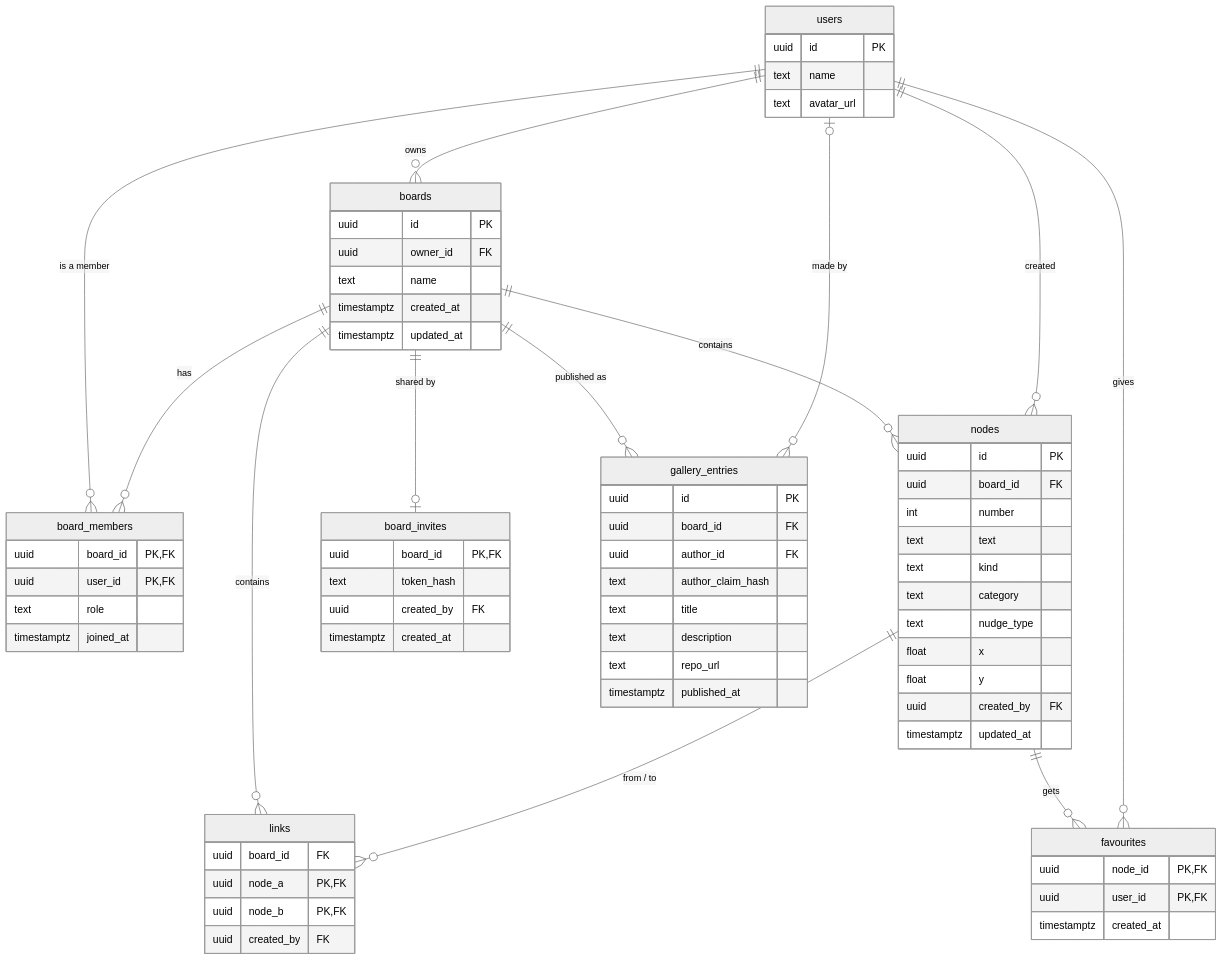
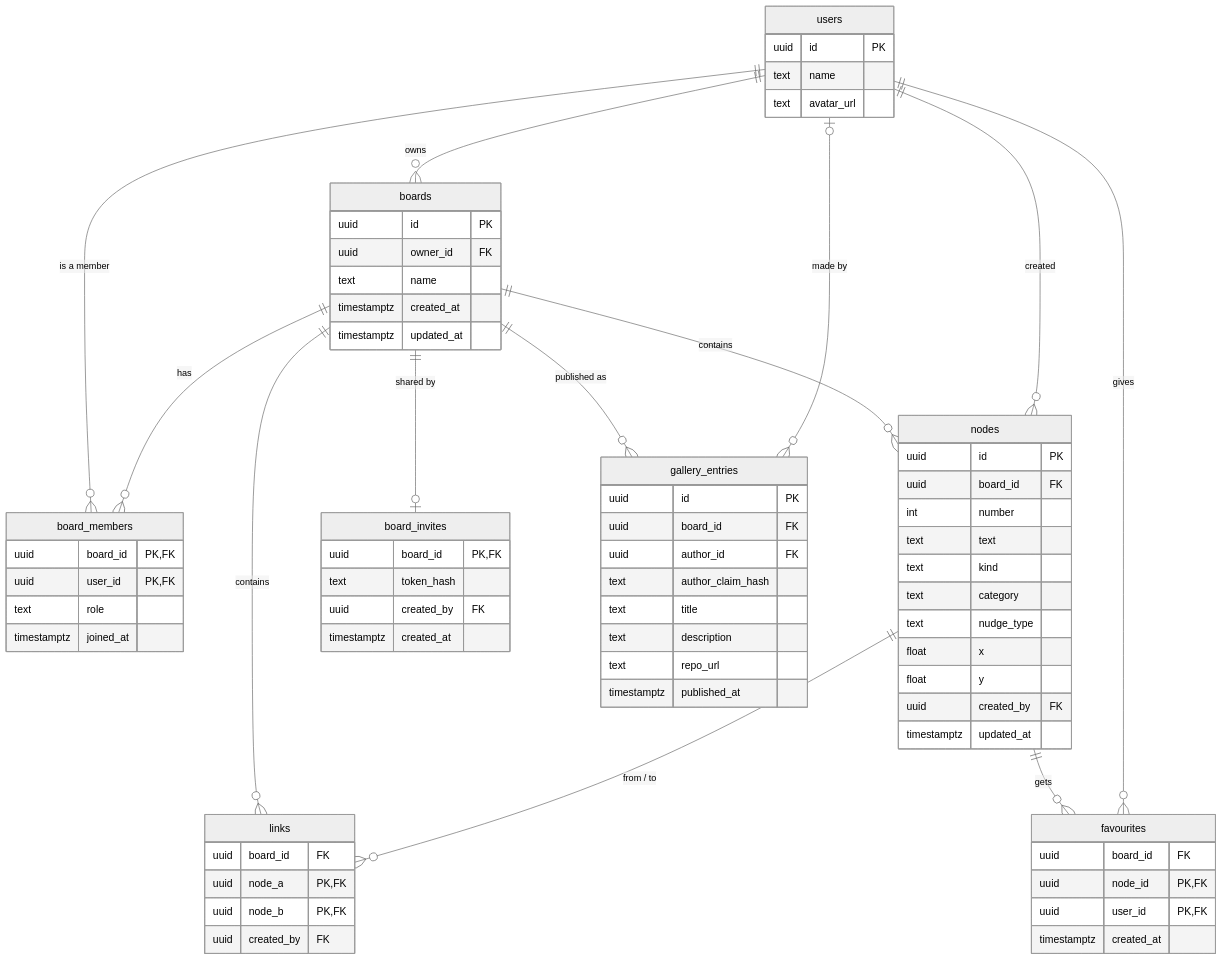
Before and after one commit to jtbinith/floppy-thoughts: the diagram in docs/database.md, drawn with Mermaid (neutral theme). The commit also changed other lines of this file and 7 other files, not shown here.

````diff
--- a/docs/database.md
+++ b/docs/database.md
@@ -21,74 +21,75 @@
 ```mermaid
 erDiagram
   users ||--o{ boards : owns
   users ||--o{ board_members : "is a member"
   boards ||--o{ board_members : has
   boards ||--o{ nodes : contains
   boards ||--o{ links : contains
   nodes ||--o{ links : "from / to"
   nodes ||--o{ favourites : gets
   users ||--o{ favourites : gives
   boards ||--o| board_invites : "shared by"
   users ||--o{ nodes : "created"
   boards ||--o{ gallery_entries : "published as"
   users |o--o{ gallery_entries : "made by"
 
   users {
     uuid id PK
     text name
     text avatar_url
   }
   boards {
     uuid id PK
     uuid owner_id FK
     text name
     timestamptz created_at
     timestamptz updated_at
   }
   board_members {
     uuid board_id PK, FK
     uuid user_id PK, FK
     text role
     timestamptz joined_at
   }
   nodes {
     uuid id PK
     uuid board_id FK
     int number
     text text
     text kind
     text category
     text nudge_type
     float x
     float y
     uuid created_by FK
     timestamptz updated_at
   }
   links {
     uuid board_id FK
     uuid node_a PK, FK
     uuid node_b PK, FK
     uuid created_by FK
   }
   favourites {
+    uuid board_id FK
     uuid node_id PK, FK
     uuid user_id PK, FK
     timestamptz created_at
   }
   board_invites {
     uuid board_id PK, FK
     text token_hash
     uuid created_by FK
     timestamptz created_at
   }
   gallery_entries {
     uuid id PK
     uuid board_id FK
     uuid author_id FK
     text author_claim_hash
     text title
     text description
     text repo_url
     timestamptz published_at
   }
 ```
````
